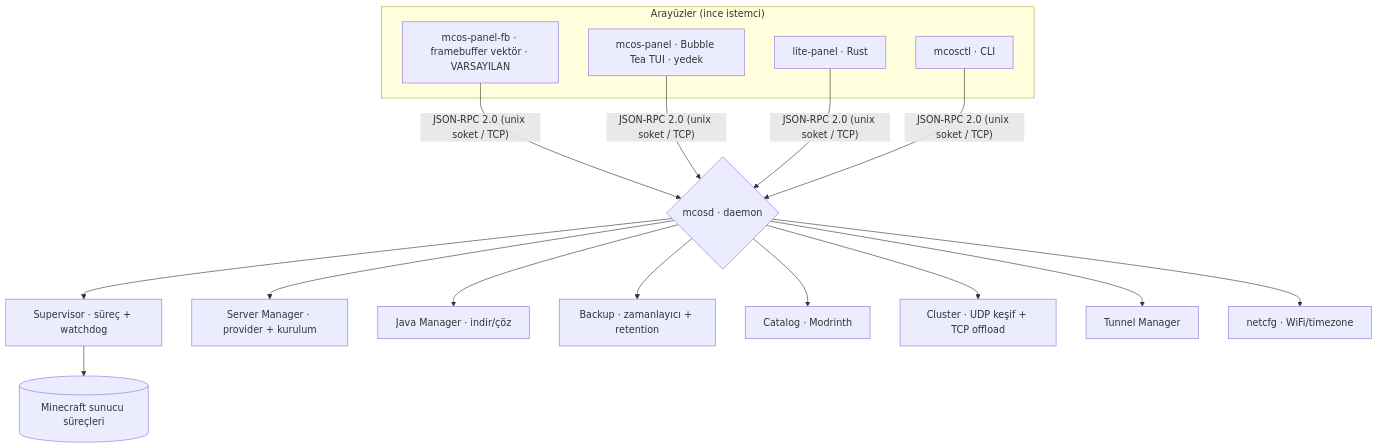
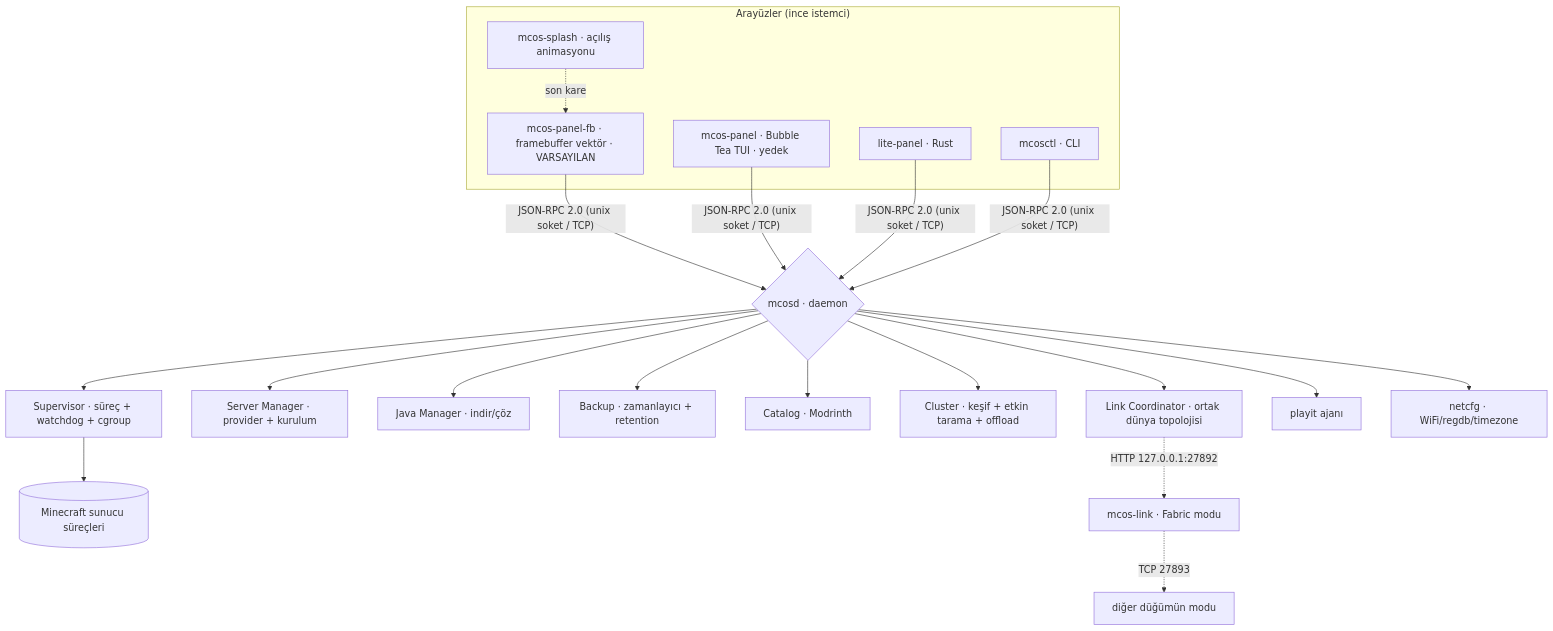
One commit to kKekerem/mcos changed the first of 2 diagrams in README.md. Above: the diagram before and after it, drawn with Mermaid. The commit also changed other lines of this file and 254 other files, not shown here.

````diff
--- a/README.md
+++ b/README.md
@@ -168,19 +576,24 @@
 ```mermaid
 graph TD
     subgraph "Arayüzler (ince istemci)"
+        SP[mcos-splash · açılış animasyonu]
         PF[mcos-panel-fb · framebuffer vektör · VARSAYILAN]
         P[mcos-panel · Bubble Tea TUI · yedek]
         L[lite-panel · Rust]
         C[mcosctl · CLI]
     end
+    SP -. son kare .-> PF
     PF & P & L & C -- "JSON-RPC 2.0 (unix soket / TCP)" --> D{mcosd · daemon}
-    D --> SUP[Supervisor · süreç + watchdog]
+    D --> SUP[Supervisor · süreç + watchdog + cgroup]
     D --> SRV[Server Manager · provider + kurulum]
     D --> JAVA[Java Manager · indir/çöz]
     D --> BK[Backup · zamanlayıcı + retention]
     D --> CAT[Catalog · Modrinth]
-    D --> CL[Cluster · UDP keşif + TCP offload]
-    D --> TUN[Tunnel Manager]
-    D --> NET[netcfg · WiFi/timezone]
+    D --> CL[Cluster · keşif + etkin tarama + offload]
+    D --> LK[Link Coordinator · ortak dünya topolojisi]
+    D --> TUN[playit ajanı]
+    D --> NET[netcfg · WiFi/regdb/timezone]
     SUP --> MC[(Minecraft sunucu süreçleri)]
+    LK -. "HTTP 127.0.0.1:27892" .-> MOD[mcos-link · Fabric modu]
+    MOD -. "TCP 27893" .-> MOD2[diğer düğümün modu]
 ```
````
